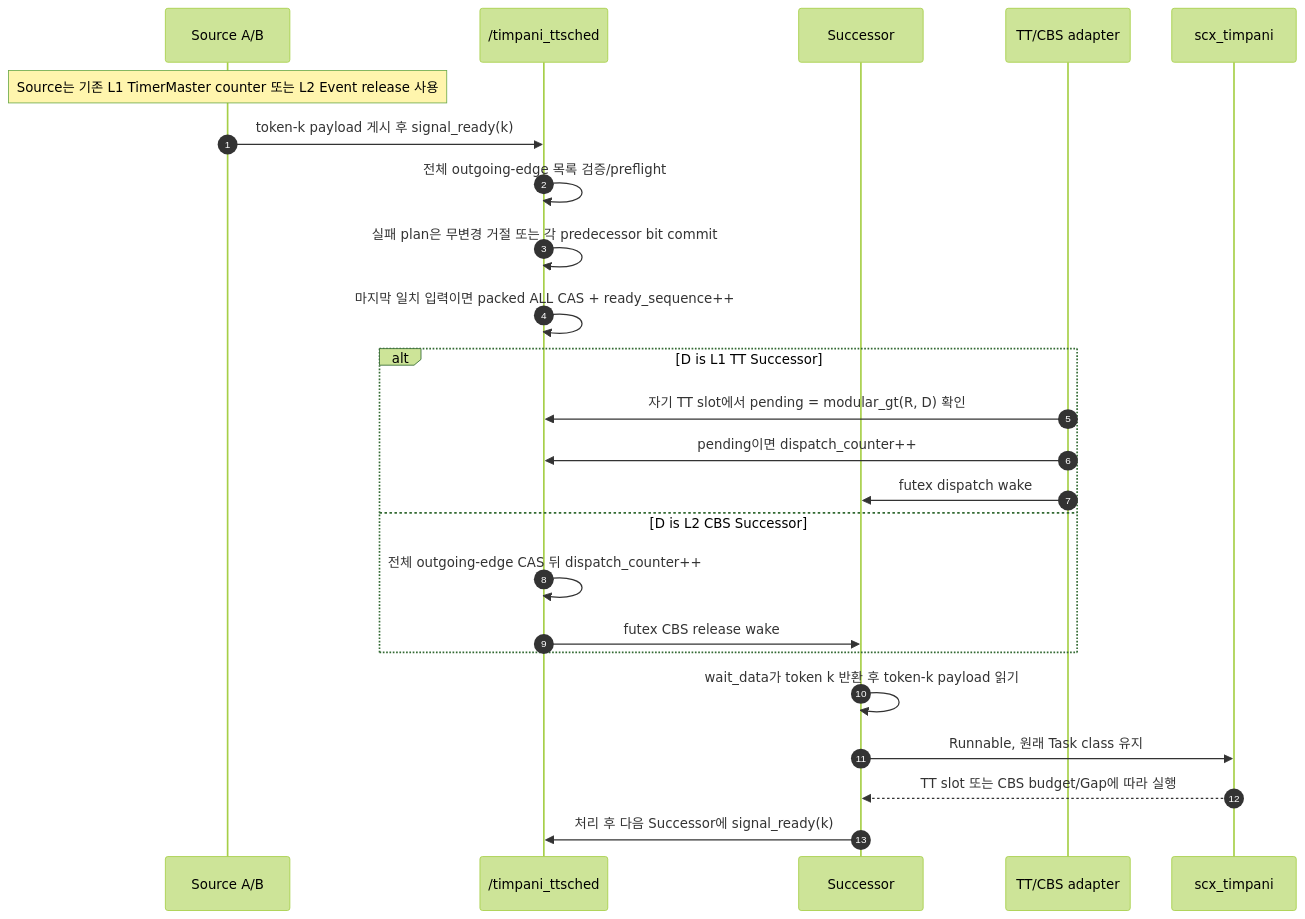
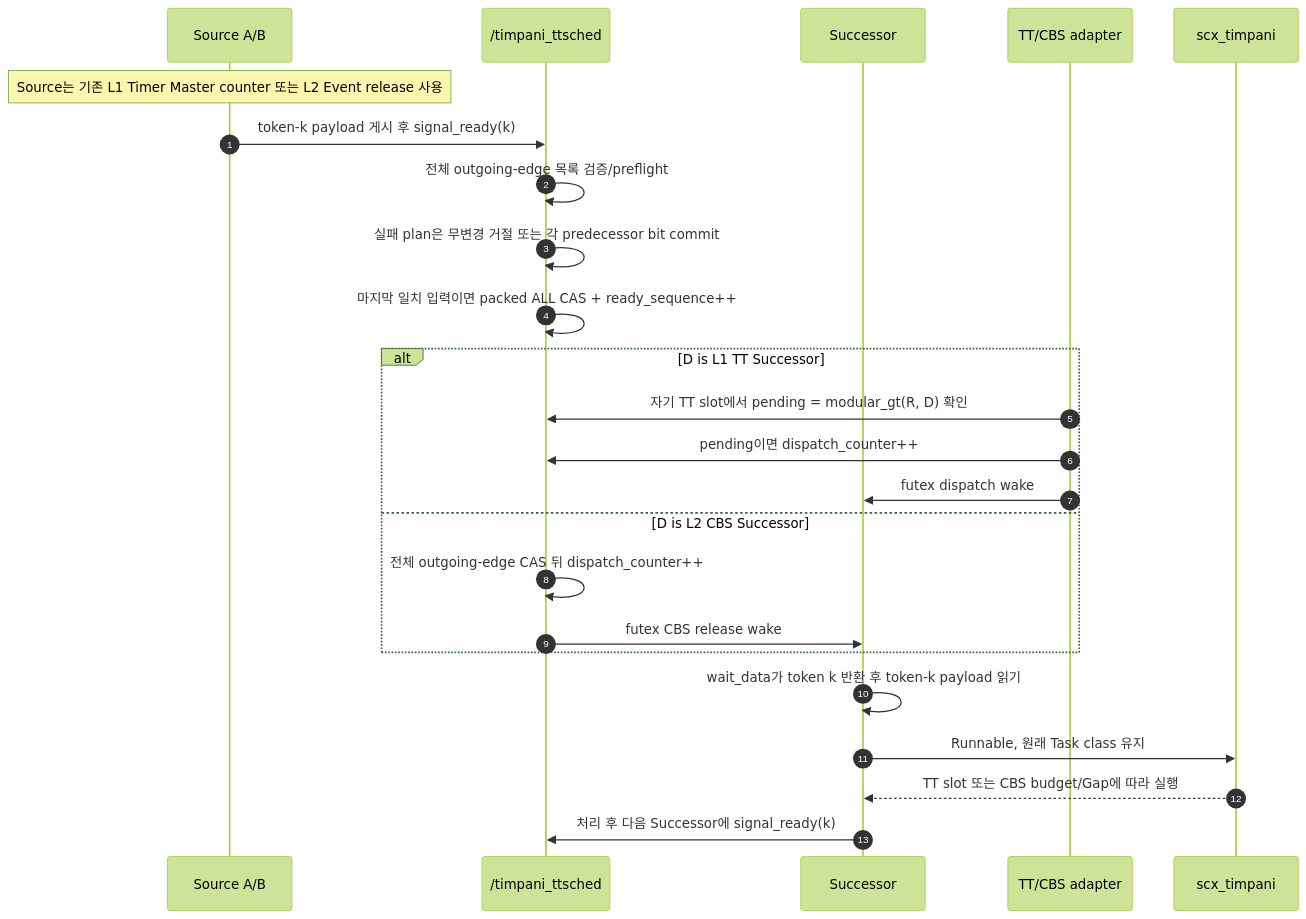
The third of 4 diagrams in doc/design/kor/HLD-009-data-driven-workload.md (akshayg0314/timpani26), drawn with Mermaid (forest theme) before and after one commit. The commit also changed other lines of this file and 5 other files, not shown here.

````diff
--- a/doc/design/kor/HLD-009-data-driven-workload.md
+++ b/doc/design/kor/HLD-009-data-driven-workload.md
@@ -115,27 +115,27 @@
 ```mermaid
 sequenceDiagram
     autonumber
     participant P as Source A/B
     participant SHM as /timpani_ttsched
     participant D as Successor
     participant A as TT/CBS adapter
     participant BPF as scx_timpani
 
-    Note over P: Source는 기존 L1 TimerMaster counter 또는 L2 Event release 사용
+    Note over P: Source는 기존 L1 Timer Master counter 또는 L2 Event release 사용
     P->>SHM: token-k payload 게시 후 signal_ready(k)
     SHM->>SHM: 전체 outgoing-edge 목록 검증/preflight
     SHM->>SHM: 실패 plan은 무변경 거절 또는 각 predecessor bit commit
     SHM->>SHM: 마지막 일치 입력이면 packed ALL CAS + ready_sequence++
     alt D is L1 TT Successor
         A->>SHM: 자기 TT slot에서 pending = modular_gt(R, D) 확인
         A->>SHM: pending이면 dispatch_counter++
         A->>D: futex dispatch wake
     else D is L2 CBS Successor
         SHM->>SHM: 전체 outgoing-edge CAS 뒤 dispatch_counter++
         SHM->>D: futex CBS release wake
     end
     D->>D: wait_data가 token k 반환 후 token-k payload 읽기
     D->>BPF: Runnable, 원래 Task class 유지
     BPF-->>D: TT slot 또는 CBS budget/Gap에 따라 실행
     D->>SHM: 처리 후 다음 Successor에 signal_ready(k)
 ```
````
